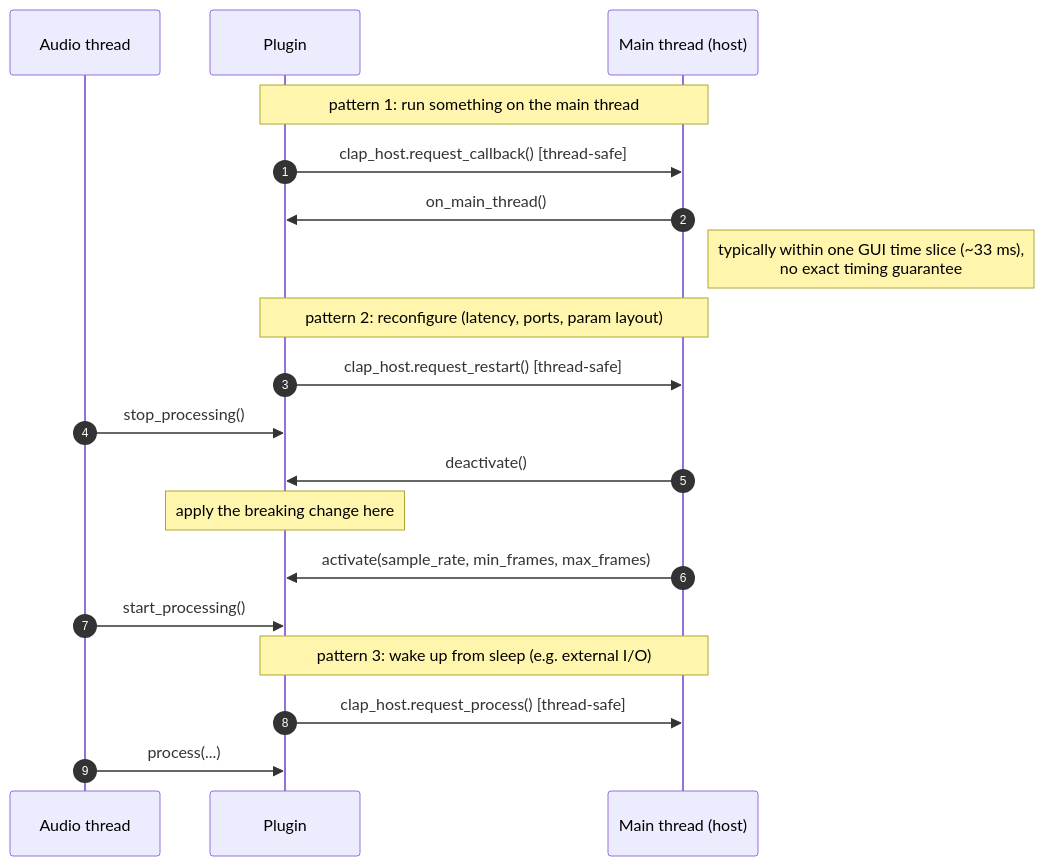
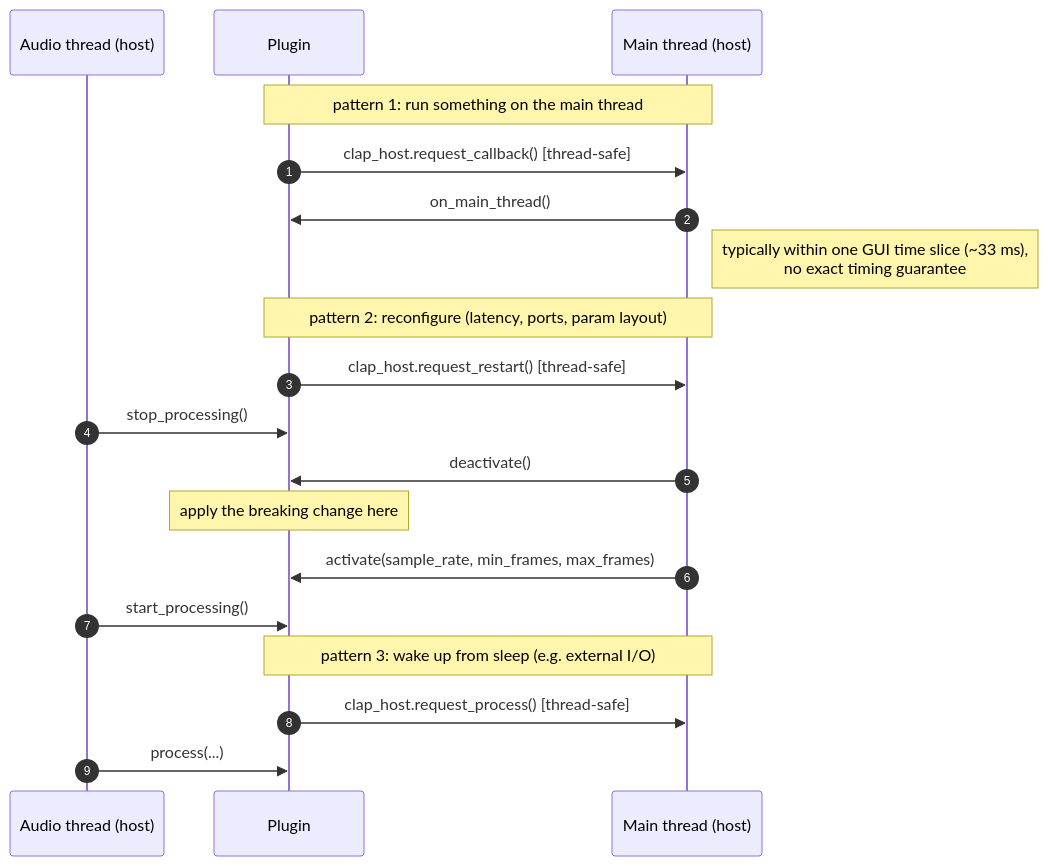
One commit to defiantnerd/clap changed diagram 11 of 17 in docs/diagrams.md. Above: the diagram before and after it, drawn with Mermaid.

Commit message:
make it clear that audiothread is host

````diff
--- a/docs/diagrams.md
+++ b/docs/diagrams.md
@@ -385,24 +385,24 @@
 ```mermaid
 sequenceDiagram
     autonumber
-    participant A as Audio thread
+    participant A as Audio thread (host)
     participant P as Plugin
     participant M as Main thread (host)
 
     Note over P,M: pattern 1: run something on the main thread
     P->>M: clap_host.request_callback()   [thread-safe]
     M->>P: on_main_thread()
     Note right of M: typically within one GUI time slice (~33 ms),<br/>no exact timing guarantee
 
     Note over P,M: pattern 2: reconfigure (latency, ports, param layout)
     P->>M: clap_host.request_restart()   [thread-safe]
     A->>P: stop_processing()
     M->>P: deactivate()
     Note over P: apply the breaking change here
     M->>P: activate(sample_rate, min_frames, max_frames)
     A->>P: start_processing()
 
     Note over P,M: pattern 3: wake up from sleep (e.g. external I/O)
     P->>M: clap_host.request_process()   [thread-safe]
     A->>P: process(...)
 ```
````
